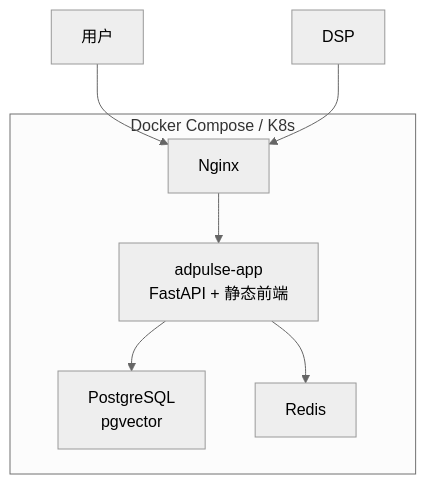
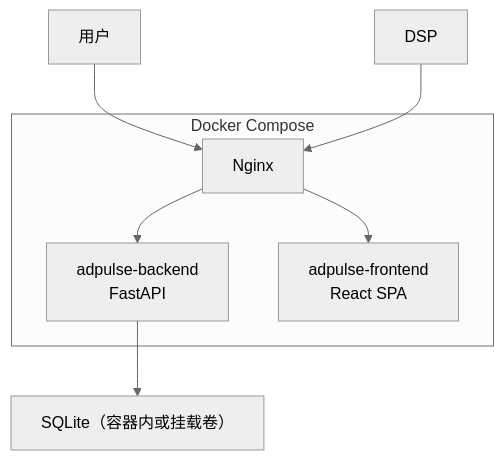
Before and after one commit to hutao-7777/ADPULSE: the eighth of 8 diagrams in docs/architecture.md, drawn with Mermaid (neutral theme). The commit also changed other lines of this file and 68 other files, not shown here.

````diff
--- a/docs/architecture.md
+++ b/docs/architecture.md
@@ -337,15 +312,14 @@
 ```mermaid
 flowchart TB
-    subgraph Infra["Docker Compose / K8s"]
+    subgraph Infra["Docker Compose"]
         NG["Nginx"]
-        APP["adpulse-app<br/>FastAPI + 静态前端"]
-        PG["PostgreSQL<br/>pgvector"]
-        RD["Redis"]
+        BE["adpulse-backend<br/>FastAPI"]
+        FE["adpulse-frontend<br/>React SPA"]
     end
 
     USER["用户"] --> NG
     DSP["DSP"] --> NG
-    NG --> APP
-    APP --> PG
-    APP --> RD
+    NG --> BE
+    NG --> FE
+    BE --> DB["SQLite（容器内或挂载卷）"]
 ```
````
